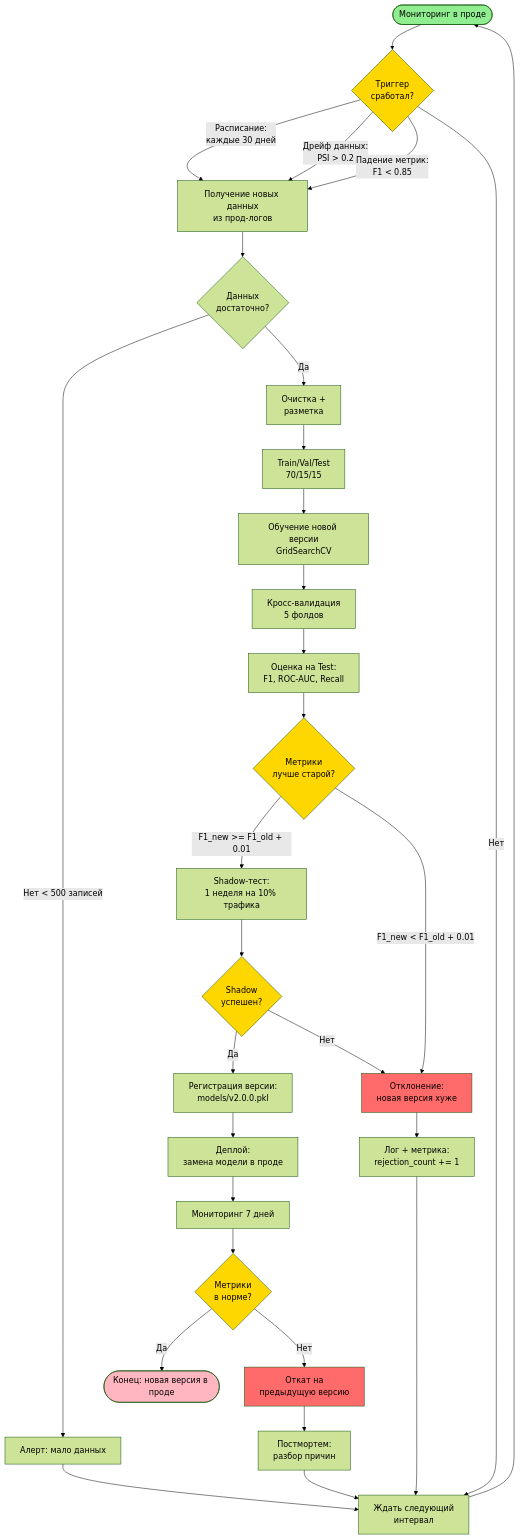
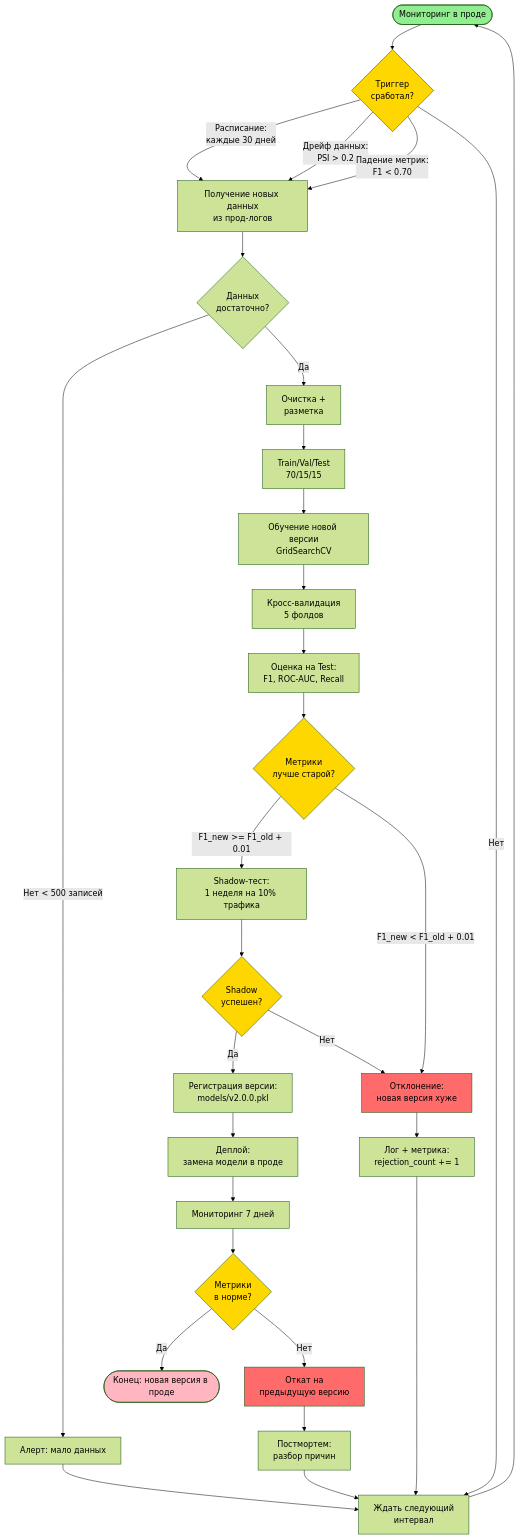
One commit to EkaZhuk/heart-disease-ml-pipeline changed the second of 2 diagrams in Model_BPMN.md. Above: the diagram before and after it, drawn with Mermaid (forest theme). The commit also changed other lines of this file and 11 other files, not shown here.

````diff
--- a/Model_BPMN.md
+++ b/Model_BPMN.md
@@ -106,49 +106,49 @@
 ```mermaid
 flowchart TD
     Start([Мониторинг в проде]) --> Trigger{Триггер<br/>сработал?}
 
     Trigger -->|Расписание:<br/>каждые 30 дней| Collect
     Trigger -->|Дрейф данных:<br/>PSI > 0.2| Collect
-    Trigger -->|Падение метрик:<br/>F1 < 0.85| Collect
+    Trigger -->|Падение метрик:<br/>F1 < 0.70| Collect
     Trigger -->|Нет| Wait[Ждать следующий<br/>интервал] --> Start
 
     Collect[Получение новых данных<br/>из прод-логов] --> Validate{Данных<br/>достаточно?}
     Validate -->|Нет < 500 записей| Alert1[Алерт: мало данных] --> Wait
     Validate -->|Да| Clean[Очистка +<br/>разметка]
 
     Clean --> Split[Train/Val/Test<br/>70/15/15]
     Split --> Train[Обучение новой версии<br/>GridSearchCV]
     Train --> CV[Кросс-валидация<br/>5 фолдов]
     CV --> Eval[Оценка на Test:<br/>F1, ROC-AUC, Recall]
 
     Eval --> Check{Метрики<br/>лучше старой?}
 
     Check -->|F1_new >= F1_old + 0.01| Shadow[Shadow-тест:<br/>1 неделя на 10% трафика]
     Check -->|F1_new < F1_old + 0.01| Reject[Отклонение:<br/>новая версия хуже]
 
     Shadow --> ShadowCheck{Shadow<br/>успешен?}
     ShadowCheck -->|Да| Register[Регистрация версии:<br/>models/v2.0.0.pkl]
     ShadowCheck -->|Нет| Reject
 
     Register --> Deploy[Деплой:<br/>замена модели в проде]
     Deploy --> Monitor[Мониторинг 7 дней]
     Monitor --> MonitorCheck{Метрики<br/>в норме?}
 
     MonitorCheck -->|Да| Success([Конец: новая версия в проде])
     MonitorCheck -->|Нет| Rollback[Откат на<br/>предыдущую версию]
 
     Reject --> Log[Лог + метрика:<br/>rejection_count += 1]
     Log --> Wait
 
     Rollback --> Postmortem[Постмортем:<br/>разбор причин]
     Postmortem --> Wait
 
     style Start fill:#90EE90
     style Success fill:#FFB6C1
     style Trigger fill:#FFD700
     style Check fill:#FFD700
     style ShadowCheck fill:#FFD700
     style MonitorCheck fill:#FFD700
     style Reject fill:#FF6B6B
     style Rollback fill:#FF6B6B
 ```
````
